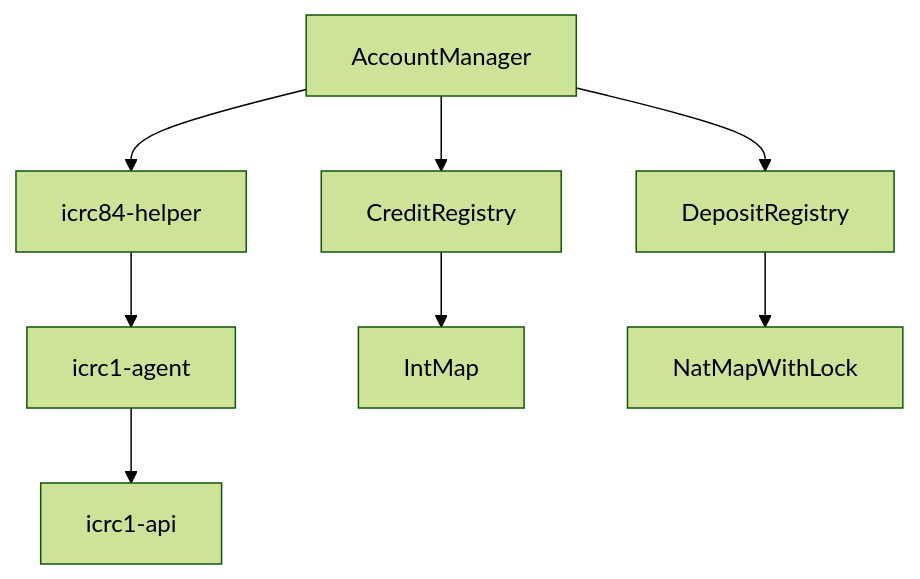
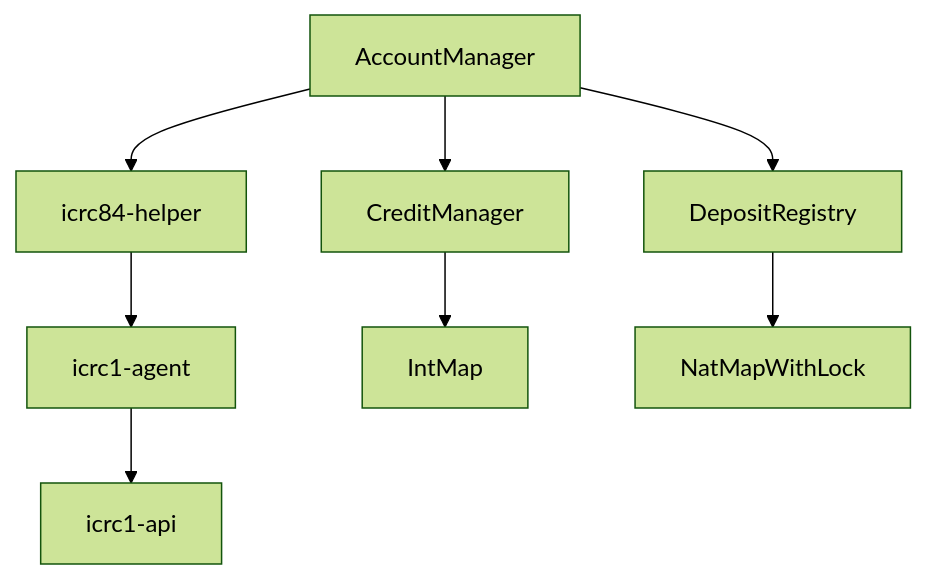
The diagram in README.md (research-ag/token-handler), drawn with Mermaid (forest theme) before and after one commit. The commit also changed 10 other files, not shown here.

````diff
--- a/README.md
+++ b/README.md
@@ -157,9 +157,9 @@
 ```mermaid
 flowchart TD
   A[icrc84-helper] --> B[icrc1-agent]
   B --> C[icrc1-api]
-  D[CreditRegistry] --> E[IntMap]
+  D[CreditManager] --> E[IntMap]
   F[AccountManager] --> G[DepositRegistry] --> H[NatMapWithLock]
   F --> D
   F --> A
 ```
````
